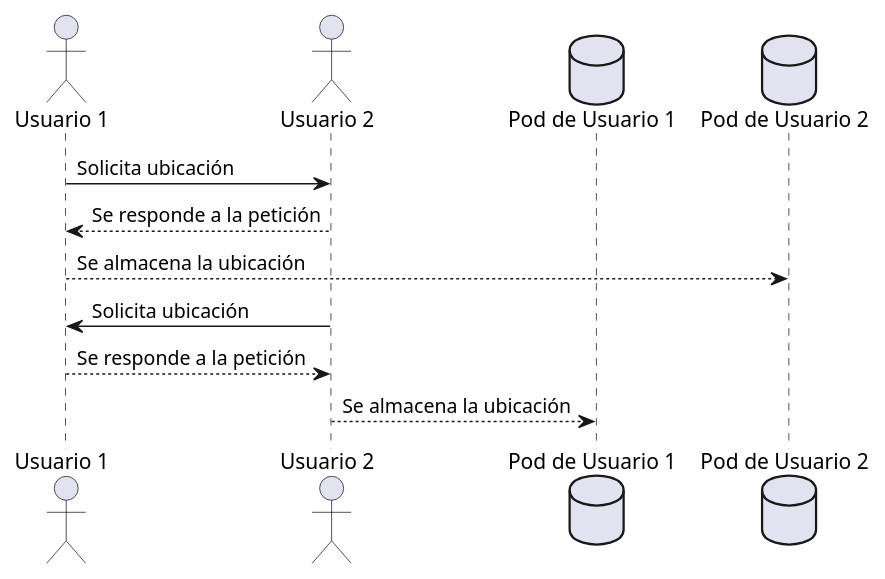
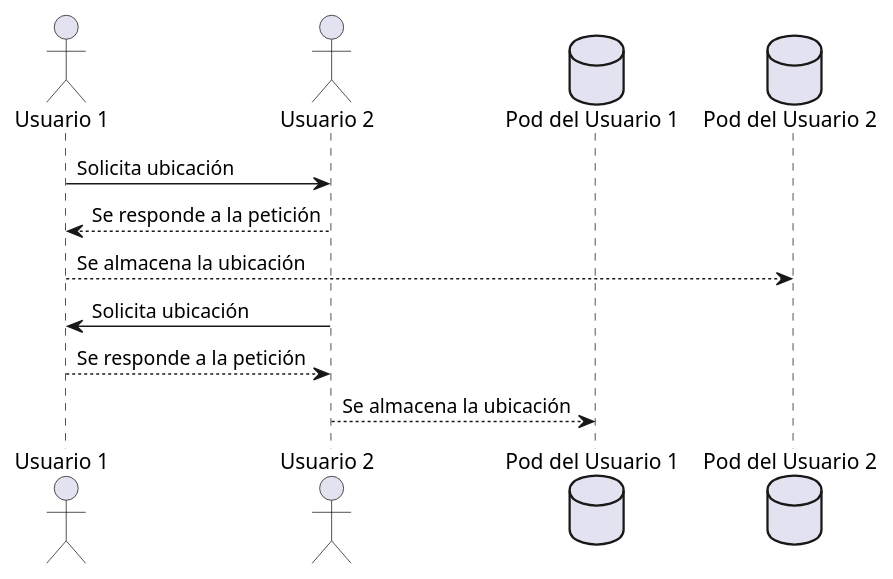
One commit to Arquisoft/radarin_es6a changed the first of 2 diagrams in webapp/docs/06_runtime_view.adoc. Above: the diagram before and after it, drawn with PlantUML. The commit also changed other lines of this file, not shown here.

Commit message:
Añadido otro diagrama de secuencia más a la documentación

```diff
--- a/webapp/docs/06_runtime_view.adoc
+++ b/webapp/docs/06_runtime_view.adoc
@@ -41,13 +41,13 @@
 [plantuml,"Sequence diagram",png]
 ----
 actor "Usuario 1"
 actor "Usuario 2"
-database Pod as "Pod de Usuario 1"
-database Pod2 as "Pod de Usuario 2"
+database Pod as "Pod del Usuario 1"
+database Pod2 as "Pod del Usuario 2"
 "Usuario 1" -> "Usuario 2": Solicita ubicación
 "Usuario 2" --> "Usuario 1": Se responde a la petición
 "Usuario 1"  --> Pod2: Se almacena la ubicación
 "Usuario 2" -> "Usuario 1": Solicita ubicación
 "Usuario 2" <-- "Usuario 1": Se responde a la petición
 "Usuario 2"  --> Pod: Se almacena la ubicación
 ----
```
